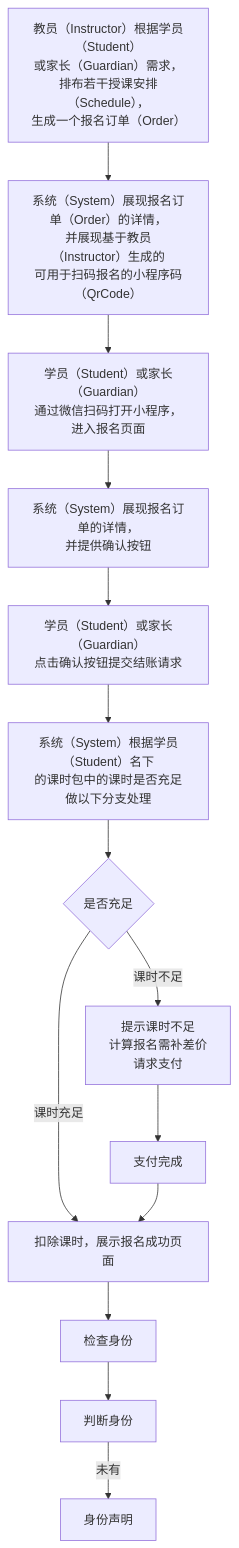
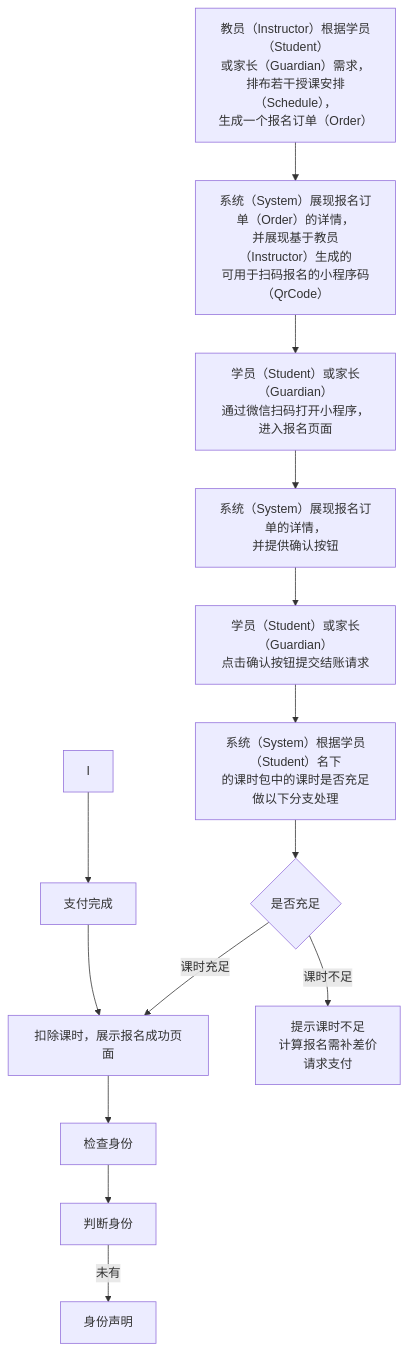
The diagram in 用例/报名.md (world-wide-web/sign), drawn with Mermaid before and after one commit. The commit also changed other lines of this file, not shown here.

Commit message:
用例/报名.md updated from https://stackedit.io/

````diff
--- a/用例/报名.md
+++ b/用例/报名.md
@@ -8,37 +8,37 @@
 ```mermaid
 graph TD
 
 生成报名订单-->生成报名码
 生成报名码-->扫码报名
 扫码报名-->展现报名订单
 展现报名订单-->确认并提交结账请求
-确认并提交结账请求-->F
-F-->G
-G--课时充足-->H
-G--课时不足-->I
-I-->I1
-I1-->H
+确认并提交结账请求-->检查课时数量
+检查课时数量-->判断课时数量
+判断课时数量--课时充足-->H
+判断课时数量--课时不足-->请求支付
+I-->支付完成
+支付完成-->H
 H-->检查身份
 检查身份-->判断身份
 判断身份--未有-->身份声明
 
 生成报名订单["<center>教员（Instructor）根据学员（Student）<br>或家长（Guardian）需求，<br>排布若干授课安排（Schedule），<br>生成一个报名订单（Order）</center>"]
 
 生成报名码["<center>系统（System）展现报名订单（Order）的详情，<br>并展现基于教员（Instructor）生成的<br>可用于扫码报名的小程序码（QrCode）</center>"]
 
 扫码报名["<center>学员（Student）或家长（Guardian）<br>通过微信扫码打开小程序，进入报名页面</center>"]
 
 展现报名订单["<center>系统（System）展现报名订单的详情，<br>并提供确认按钮</center>"]
 
 确认并提交结账请求["<center>学员（Student）或家长（Guardian）<br>点击确认按钮提交结账请求</center>"]
 
-F["<center>系统（System）根据学员（Student）名下<br>的课时包中的课时是否充足做以下分支处理</center>"]
+检查课时数量["<center>系统（System）根据学员（Student）名下<br>的课时包中的课时是否充足做以下分支处理</center>"]
 
-G{"<center>是否充足</center>"}
+判断课时数量{"<center>是否充足</center>"}
 
-I["<center>提示课时不足<br>计算报名需补差价<br>请求支付</center>"]
+请求支付["<center>提示课时不足<br>计算报名需补差价<br>请求支付</center>"]
 
-I1["<center>支付完成</center>"]
+支付完成["<center>支付完成</center>"]
 
 H["<center>扣除课时，展示报名成功页面</center>"]
 ```
````
